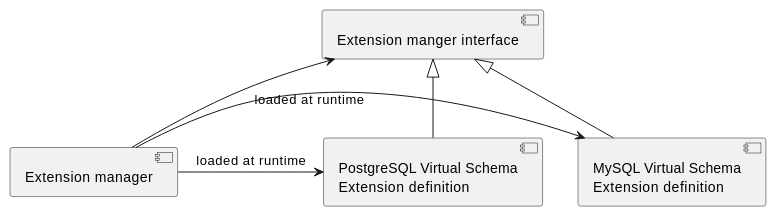
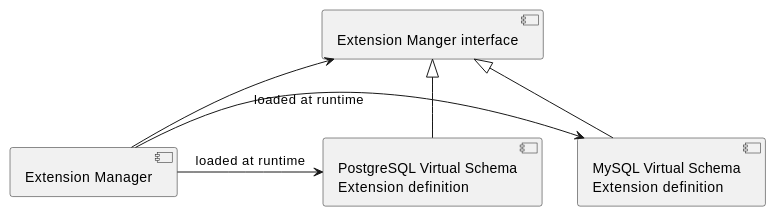
The second of 9 diagrams in doc/design/design.md (exasol/extension-manager), drawn with PlantUML before and after one commit. The commit also changed other lines of this file, not shown here.

````diff
--- a/doc/design/design.md
+++ b/doc/design/design.md
@@ -56,12 +51,15 @@
-```plantuml	
+```plantuml
+@startuml
 postgres as [PostgreSQL Virtual Schema\nExtension definition]
 mysql as [MySQL Virtual Schema\nExtension definition]
-extensionInterface as [Extension manger interface]
+extensionInterface as [Extension Manger interface]
+extensionManager as [Extension Manager]
 
-extensionInterface <-- [Extension manager]
-extensionInterface <|-- postgres 
+extensionInterface <-- extensionManager
+extensionInterface <|-- postgres
 extensionInterface <|-- mysql
 
-[Extension manager] -> postgres: loaded at runtime
-[Extension manager] -> mysql: loaded at runtime
+extensionManager -> postgres: loaded at runtime
+extensionManager -> mysql: loaded at runtime
+@enduml
 ```
````
